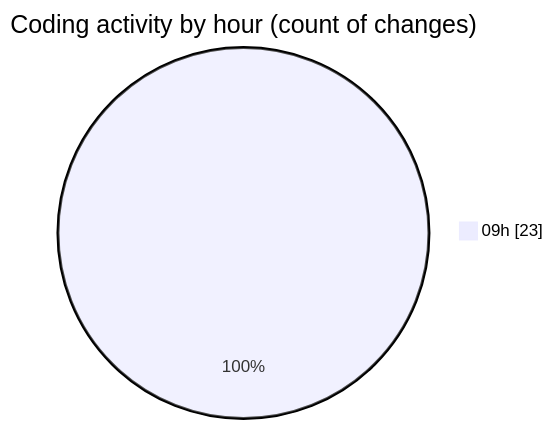
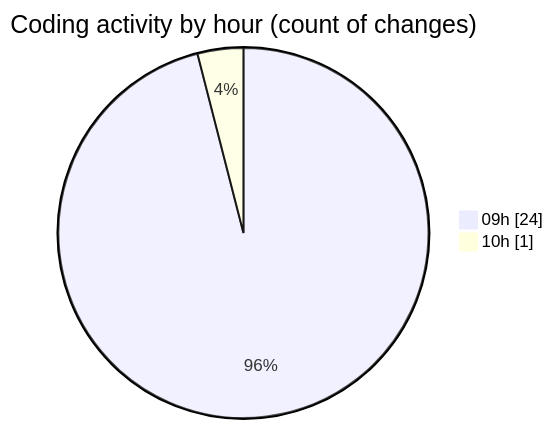
The second of 2 diagrams in 2025-08-18/rentotp/README.md (lephambinh05/code-tracking), drawn with Mermaid before and after one commit. The commit also changed other lines of this file and 1 other file, not shown here.

````diff
--- a/2025-08-18/rentotp/README.md
+++ b/2025-08-18/rentotp/README.md
@@ -39,5 +39,6 @@
 ```mermaid
 pie showData
 title Coding activity by hour (count of changes)
-"09h" : 23
+"09h" : 24
+"10h" : 1
 ```
````
